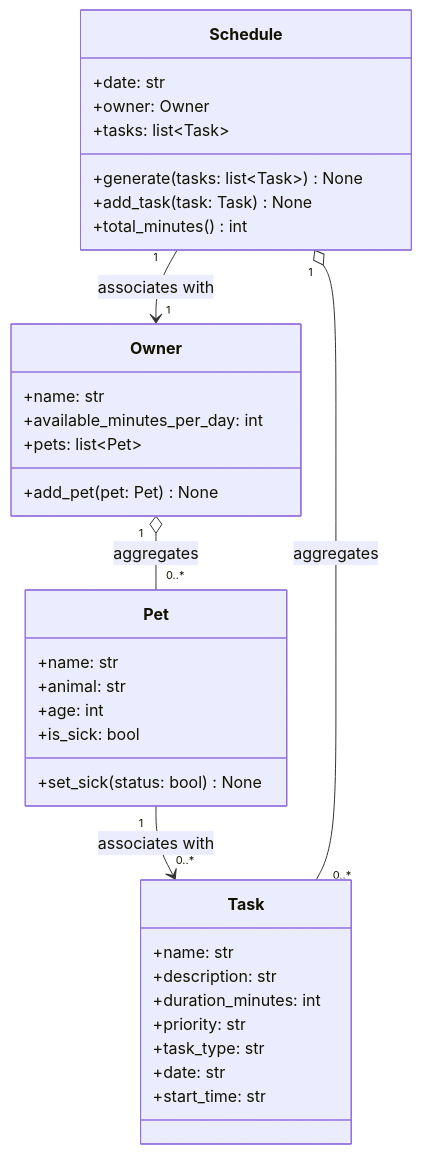
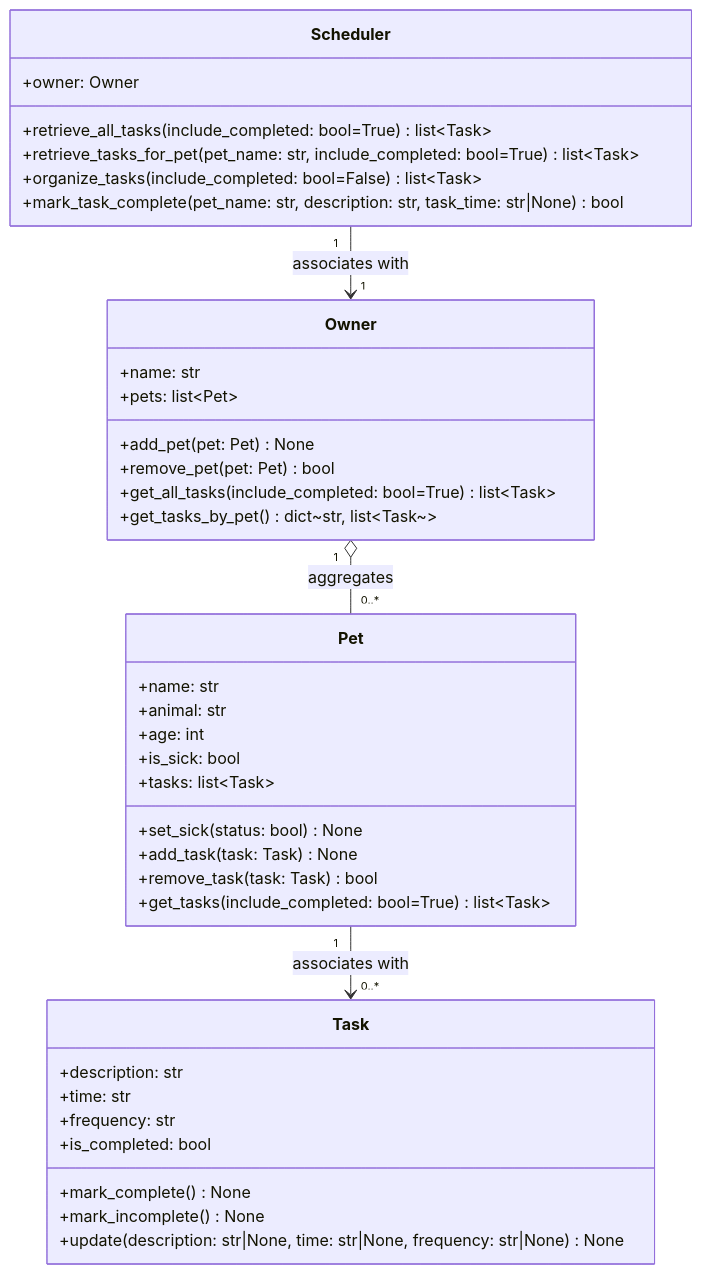
Before and after one commit to Muifrend/applied-ai-system-project: the diagram in class_diagram.md, drawn with Mermaid. The commit also changed 3 other files, not shown here.

````diff
--- a/class_diagram.md
+++ b/class_diagram.md
@@ -3,41 +3,45 @@
 ```mermaid
 classDiagram
     class Owner {
         +name: str
-        +available_minutes_per_day: int
         +pets: list~Pet~
         +add_pet(pet: Pet) None
+        +remove_pet(pet: Pet) bool
+        +get_all_tasks(include_completed: bool=True) list~Task~
+        +get_tasks_by_pet() dict~str, list~Task~~
     }
 
     class Pet {
         +name: str
         +animal: str
         +age: int
         +is_sick: bool
+        +tasks: list~Task~
         +set_sick(status: bool) None
+        +add_task(task: Task) None
+        +remove_task(task: Task) bool
+        +get_tasks(include_completed: bool=True) list~Task~
     }
 
     class Task {
-        +name: str
         +description: str
-        +duration_minutes: int
-        +priority: str
-        +task_type: str
-        +date: str
-        +start_time: str
+        +time: str
+        +frequency: str
+        +is_completed: bool
+        +mark_complete() None
+        +mark_incomplete() None
+        +update(description: str|None, time: str|None, frequency: str|None) None
     }
 
-    class Schedule {
-        +date: str
+    class Scheduler {
         +owner: Owner
-        +tasks: list~Task~
-        +generate(tasks: list~Task~) None
-        +add_task(task: Task) None
-        +total_minutes() int
+        +retrieve_all_tasks(include_completed: bool=True) list~Task~
+        +retrieve_tasks_for_pet(pet_name: str, include_completed: bool=True) list~Task~
+        +organize_tasks(include_completed: bool=False) list~Task~
+        +mark_task_complete(pet_name: str, description: str, task_time: str|None) bool
     }
 
     Owner "1" o-- "0..*" Pet : aggregates
-    Schedule "1" --> "1" Owner : associates with
     Pet "1" --> "0..*" Task : associates with
-    Schedule "1" o-- "0..*" Task : aggregates
+    Scheduler "1" --> "1" Owner : associates with
 ```
````
